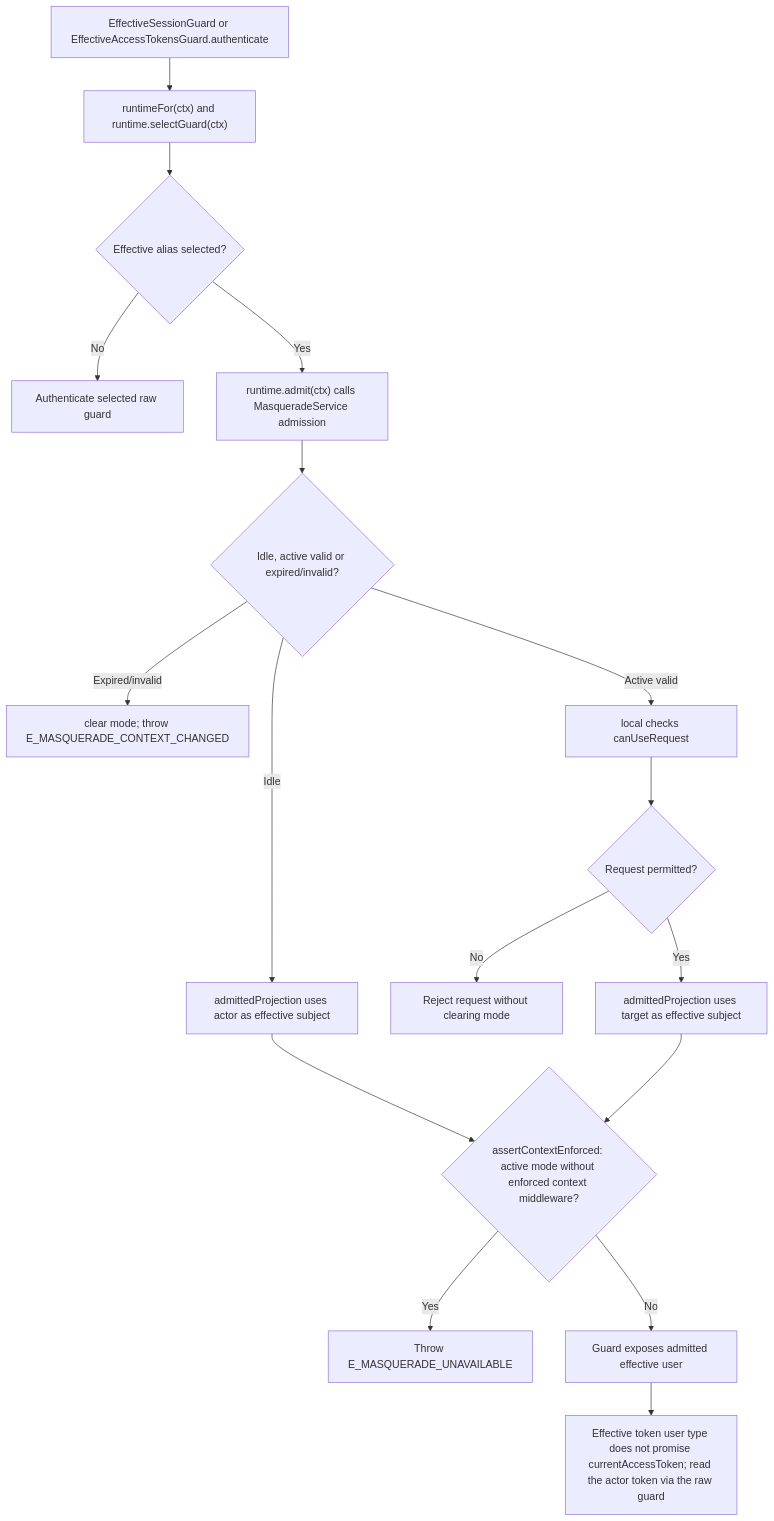
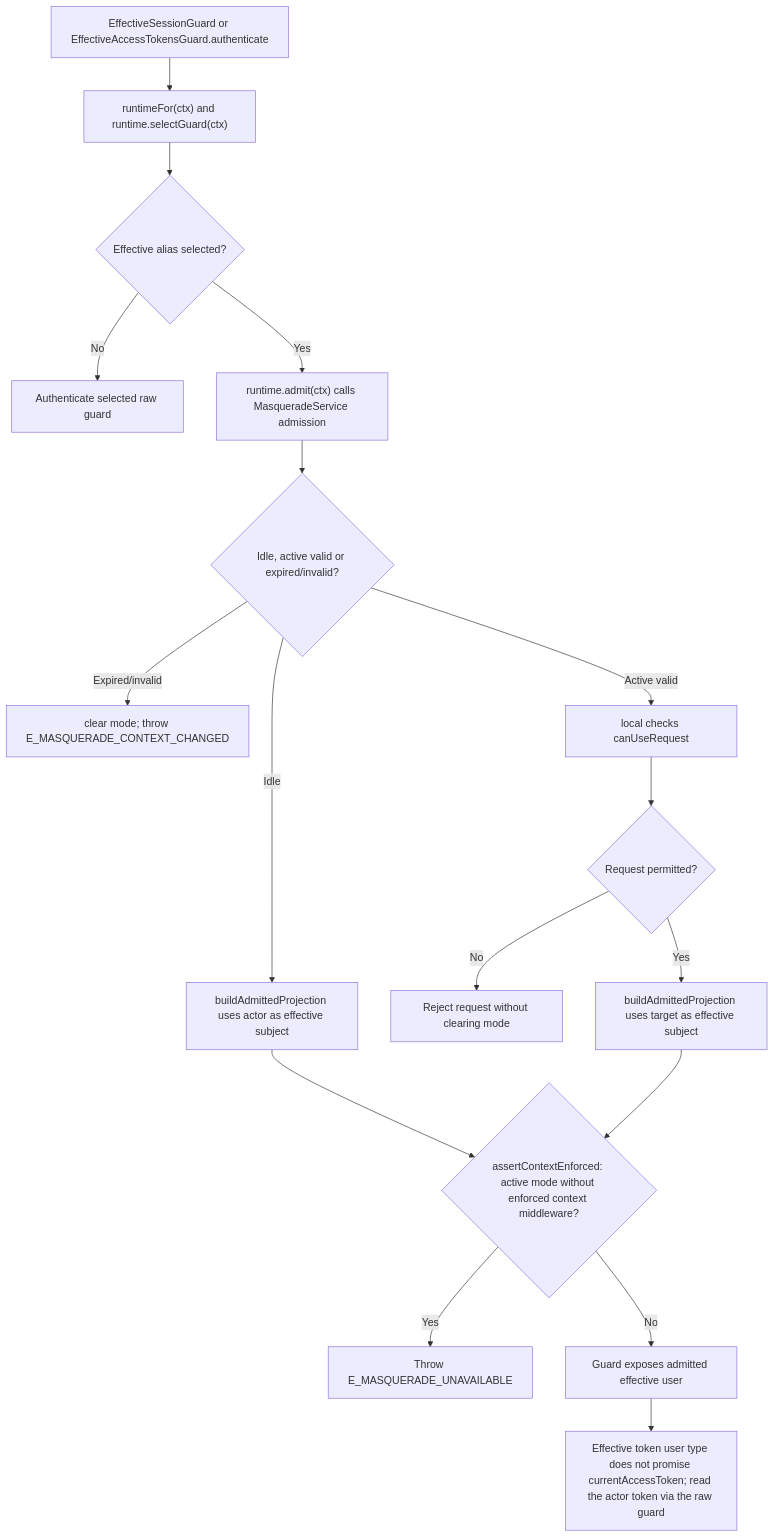
The second of 2 diagrams in user-stories/view-effective-account/us-actor-02-view-effective-account.md (Kevinjohn/oss-adonisjs-masquerade), drawn with Mermaid before and after one commit. The commit also changed 55 other files, not shown here.

````diff
--- a/user-stories/view-effective-account/us-actor-02-view-effective-account.md
+++ b/user-stories/view-effective-account/us-actor-02-view-effective-account.md
@@ -39,19 +39,19 @@
 ```mermaid
 flowchart TD
     A["EffectiveSessionGuard or EffectiveAccessTokensGuard.authenticate"] --> B["runtimeFor(ctx) and runtime.selectGuard(ctx)"]
     B --> C{"Effective alias selected?"}
     C -->|No| D["Authenticate selected raw guard"]
     C -->|Yes| E["runtime.admit(ctx) calls MasqueradeService admission"]
     E --> F{"Idle, active valid or expired/invalid?"}
-    F -->|Idle| G["admittedProjection uses actor as effective subject"]
+    F -->|Idle| G["buildAdmittedProjection uses actor as effective subject"]
     F -->|Expired/invalid| H["clear mode; throw E_MASQUERADE_CONTEXT_CHANGED"]
     F -->|Active valid| I["local checks canUseRequest"]
     I --> J{"Request permitted?"}
     J -->|No| K["Reject request without clearing mode"]
-    J -->|Yes| L["admittedProjection uses target as effective subject"]
+    J -->|Yes| L["buildAdmittedProjection uses target as effective subject"]
     G --> E2{"assertContextEnforced: active mode without enforced context middleware?"}
     L --> E2
     E2 -->|Yes| Z["Throw E_MASQUERADE_UNAVAILABLE"]
     E2 -->|No| M["Guard exposes admitted effective user"]
     M --> N["Effective token user type does not promise currentAccessToken; read the actor token via the raw guard"]
 ```
````
